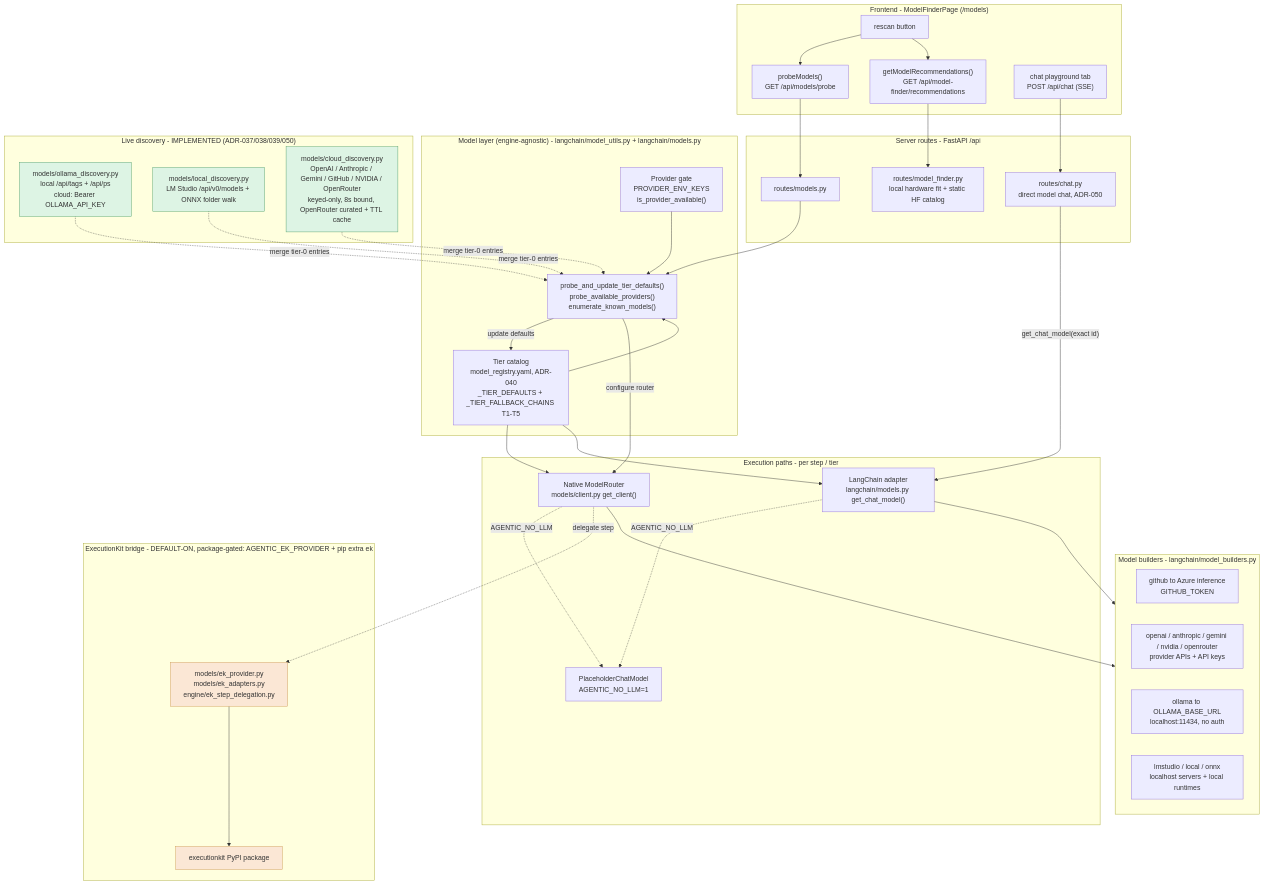
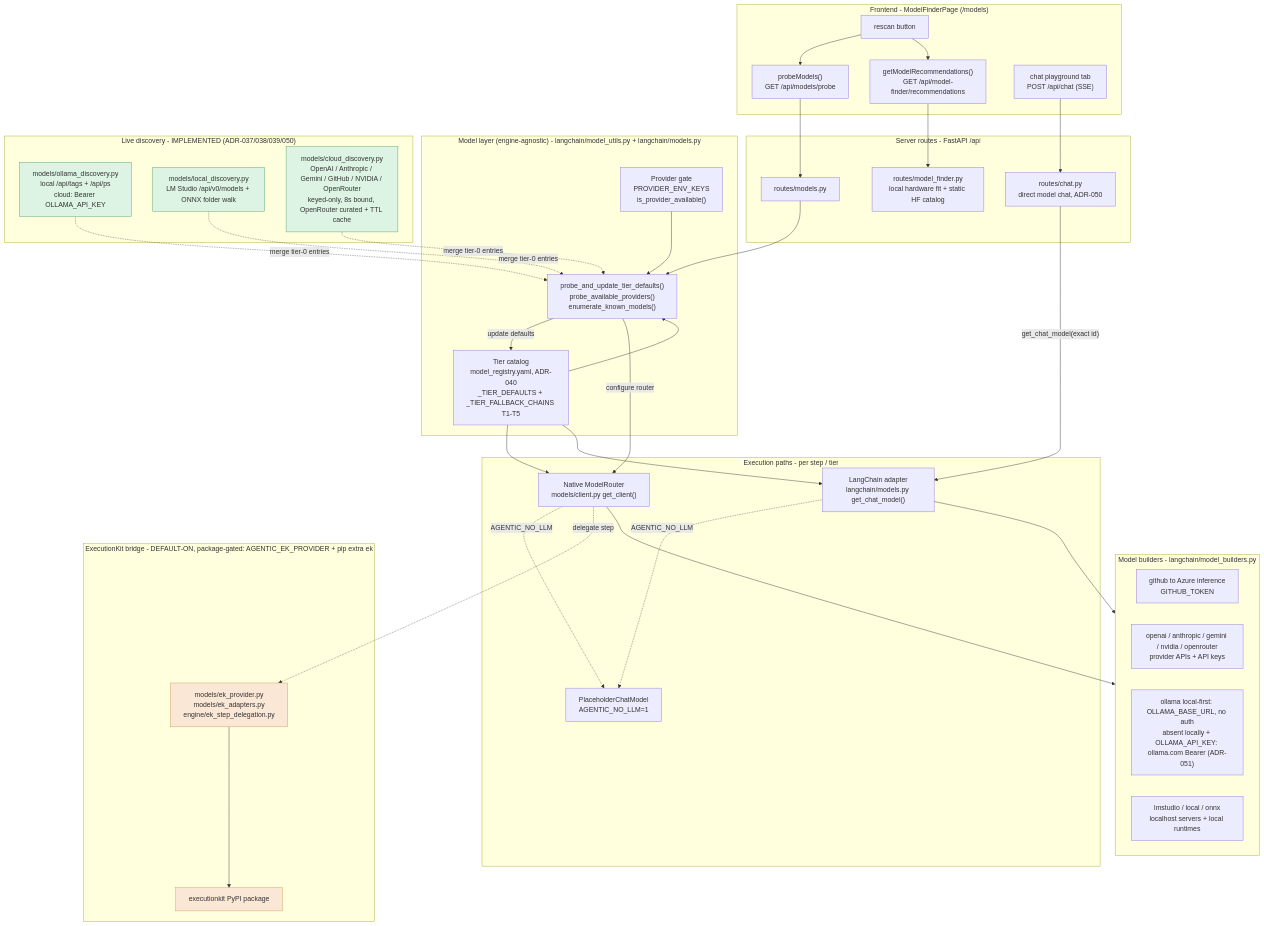
The first of 2 diagrams in agentic-workflows-v2/docs/MODEL_LAYER.md (tafreeman/agentic-runtime-platform), drawn with Mermaid before and after one commit. The commit also changed other lines of this file and 11 other files, not shown here.

First line of the commit message:
feat(models): local-first ollama.com routing + registry drift cleanup (ADR-051) (#196)

````diff
--- a/agentic-workflows-v2/docs/MODEL_LAYER.md
+++ b/agentic-workflows-v2/docs/MODEL_LAYER.md
@@ -42,65 +44,65 @@
 ```mermaid
 flowchart TD
   subgraph UI["Frontend - ModelFinderPage (/models)"]
     RESCAN["rescan button"]
     PM["probeModels()<br/>GET /api/models/probe"]
     GR["getModelRecommendations()<br/>GET /api/model-finder/recommendations"]
     PLAY["chat playground tab<br/>POST /api/chat (SSE)"]
   end
   RESCAN --> PM
   RESCAN --> GR
   subgraph ROUTES["Server routes - FastAPI /api"]
     RP["routes/models.py"]
     RF["routes/model_finder.py<br/>local hardware fit + static HF catalog"]
     RC["routes/chat.py<br/>direct model chat, ADR-050"]
   end
   PM --> RP
   GR --> RF
   PLAY --> RC
   subgraph MODEL["Model layer (engine-agnostic) - langchain/model_utils.py + langchain/models.py"]
     GATE["Provider gate<br/>PROVIDER_ENV_KEYS<br/>is_provider_available()"]
     TIERS["Tier catalog<br/>model_registry.yaml, ADR-040<br/>_TIER_DEFAULTS + _TIER_FALLBACK_CHAINS T1-T5"]
     PROBE["probe_and_update_tier_defaults()<br/>probe_available_providers()<br/>enumerate_known_models()"]
   end
   RP --> PROBE
   GATE --> PROBE
   TIERS --> PROBE
   PROBE -->|update defaults| TIERS
   subgraph DISC["Live discovery - IMPLEMENTED (ADR-037/038/039/050)"]
     OD["models/ollama_discovery.py<br/>local /api/tags + /api/ps<br/>cloud: Bearer OLLAMA_API_KEY"]
     LD["models/local_discovery.py<br/>LM Studio /api/v0/models + ONNX folder walk"]
     CD["models/cloud_discovery.py<br/>OpenAI / Anthropic / Gemini / GitHub / NVIDIA / OpenRouter<br/>keyed-only, 8s bound, OpenRouter curated + TTL cache"]
   end
   OD -.->|merge tier-0 entries| PROBE
   LD -.->|merge tier-0 entries| PROBE
   CD -.->|merge tier-0 entries| PROBE
   subgraph EXEC["Execution paths - per step / tier"]
     NR["Native ModelRouter<br/>models/client.py get_client()"]
     LC["LangChain adapter<br/>langchain/models.py get_chat_model()"]
     PH["PlaceholderChatModel<br/>AGENTIC_NO_LLM=1"]
   end
   PROBE -->|configure router| NR
   TIERS --> NR
   TIERS --> LC
   RC -->|"get_chat_model(exact id)"| LC
   NR -.->|AGENTIC_NO_LLM| PH
   LC -.->|AGENTIC_NO_LLM| PH
   subgraph EK["ExecutionKit bridge - DEFAULT-ON, package-gated: AGENTIC_EK_PROVIDER + pip extra ek"]
     EKP["models/ek_provider.py<br/>models/ek_adapters.py<br/>engine/ek_step_delegation.py"]
     PKG["executionkit PyPI package"]
   end
   NR -.->|delegate step| EKP
   EKP --> PKG
   subgraph BUILD["Model builders - langchain/model_builders.py"]
     B1["github to Azure inference<br/>GITHUB_TOKEN"]
     B2["openai / anthropic / gemini / nvidia / openrouter<br/>provider APIs + API keys"]
-    B3["ollama to OLLAMA_BASE_URL<br/>localhost:11434, no auth"]
+    B3["ollama local-first: OLLAMA_BASE_URL, no auth<br/>absent locally + OLLAMA_API_KEY: ollama.com Bearer (ADR-051)"]
     B4["lmstudio / local / onnx<br/>localhost servers + local runtimes"]
   end
   LC --> BUILD
   NR --> BUILD
   classDef ek fill:#fbe7d5,stroke:#cc9a55;
   classDef disc fill:#ddf4e4,stroke:#4f9d69;
   class EKP,PKG ek;
   class OD,LD,CD disc;
 ```
````
